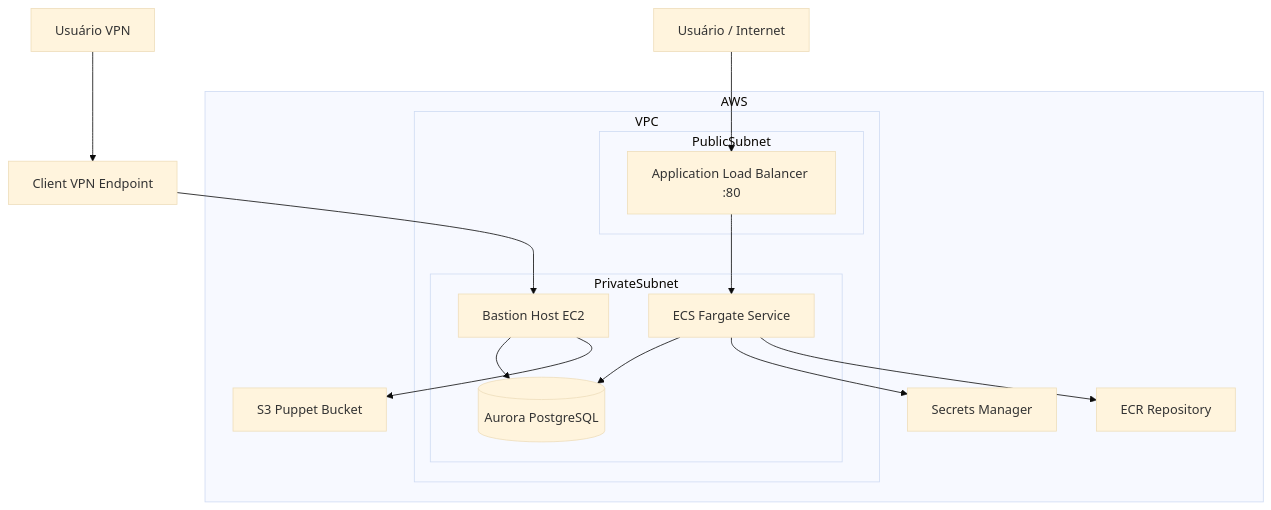
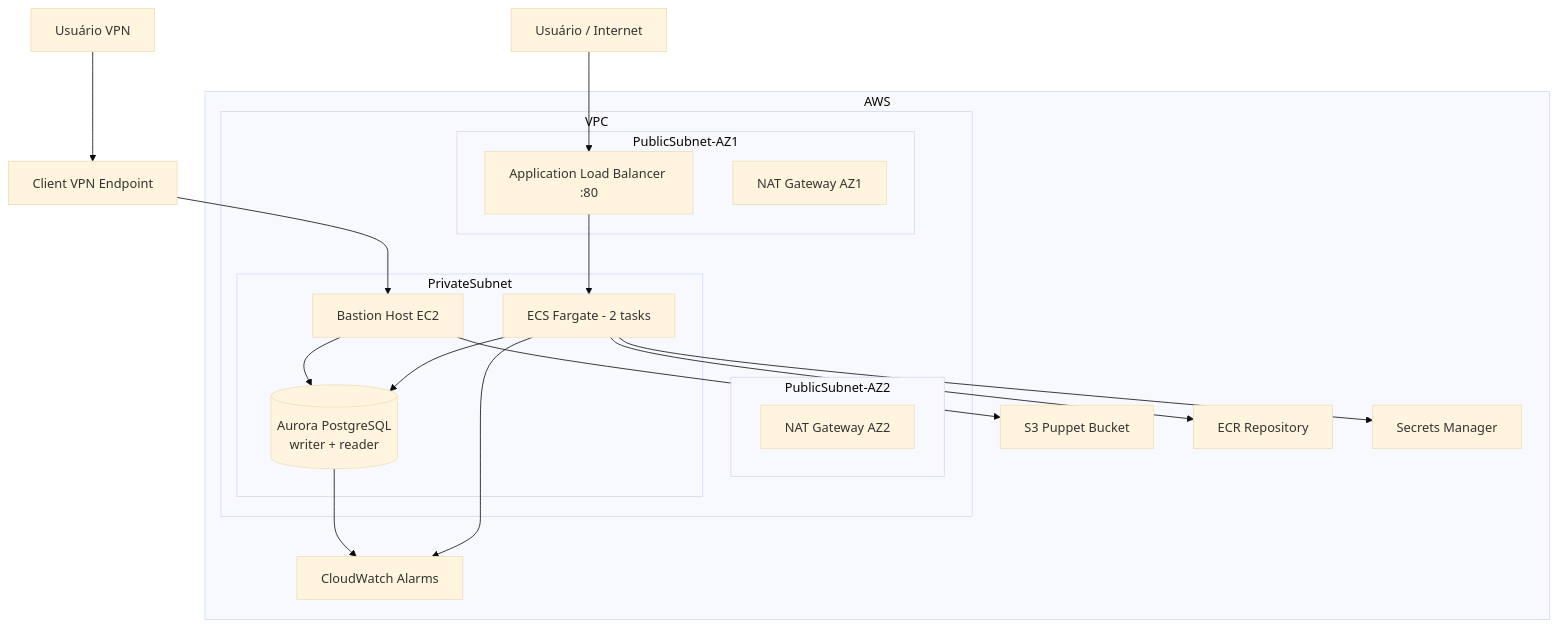
Before and after one commit to enkumamoto/cdk_infra_test: the first of 6 diagrams in README.md, drawn with Mermaid (base theme). The commit also changed other lines of this file and 9 other files, not shown here.

````diff
--- a/README.md
+++ b/README.md
@@ -17,34 +18,38 @@
 ```mermaid
 flowchart TB
     User[Usuário / Internet] --> ALB[Application Load Balancer :80]
     DevVPN[Usuário VPN] --> VPN[Client VPN Endpoint]
 
     subgraph AWS
         subgraph VPC
-            subgraph PublicSubnet
+            subgraph PublicSubnet-AZ1
                 ALB
+                NAT1[NAT Gateway AZ1]
+            end
+            subgraph PublicSubnet-AZ2
+                NAT2[NAT Gateway AZ2]
             end
 
             subgraph PrivateSubnet
-                ECS[ECS Fargate Service]
+                ECS[ECS Fargate - 2 tasks]
                 Bastion[Bastion Host EC2]
-                RDS[(Aurora PostgreSQL)]
+                RDS[(Aurora PostgreSQL\nwriter + reader)]
             end
         end
 
         S3[S3 Puppet Bucket]
         ECR[ECR Repository]
         Secrets[Secrets Manager]
+        CW[CloudWatch Alarms]
     end
 
     VPN --> Bastion
-
     ALB --> ECS
     ECS --> RDS
-
     ECS --> Secrets
     Bastion --> RDS
     Bastion --> S3
-
     ECS --> ECR
+    ECS --> CW
+    RDS --> CW
 ```
````
